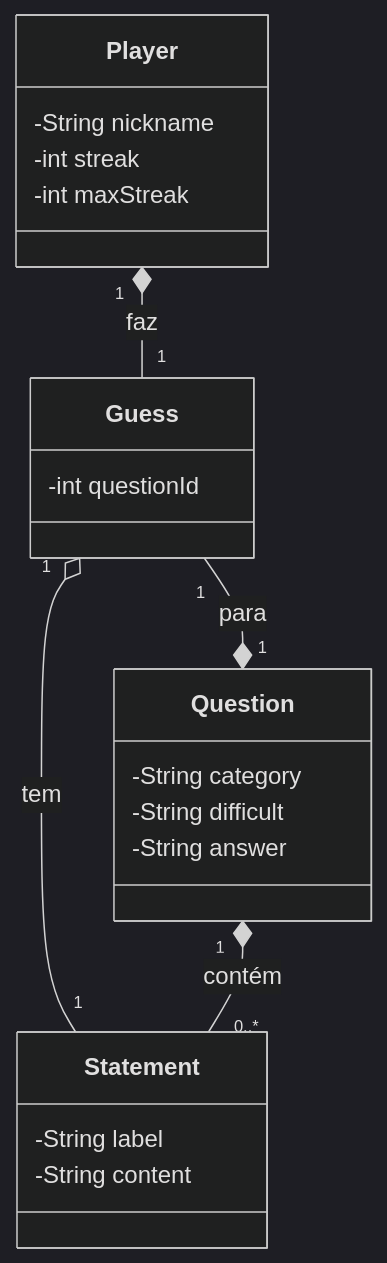
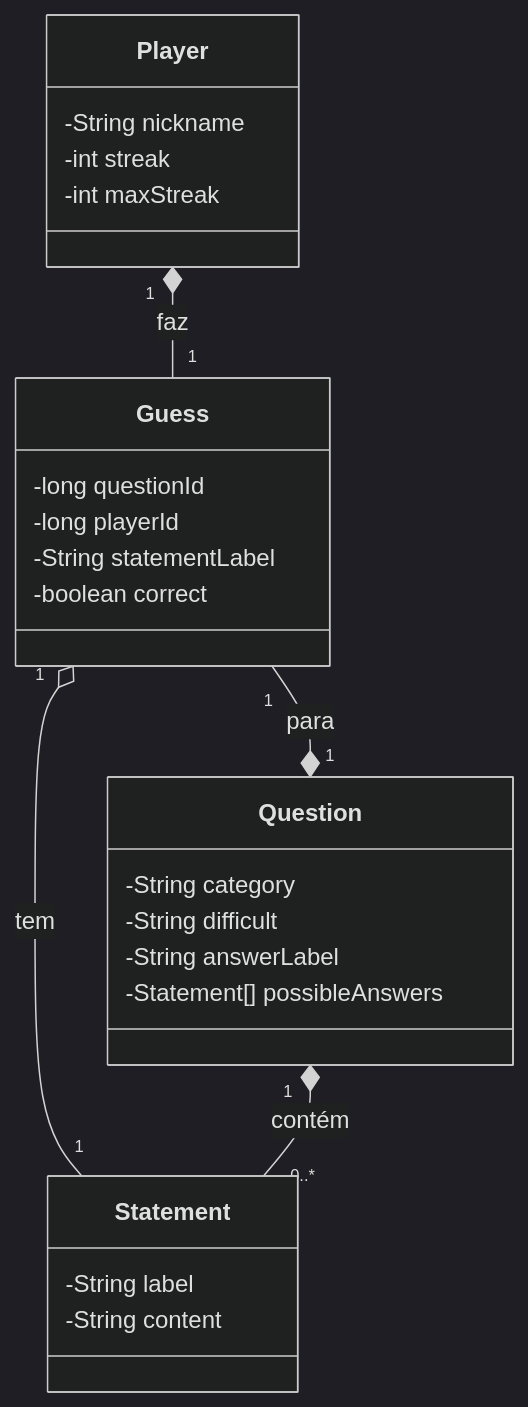
The diagram in README.md (srSenhor/trilha-java-trivia-api), drawn with Mermaid (dark theme) before and after one commit.

````diff
--- a/README.md
+++ b/README.md
@@ -12,28 +12,32 @@
 ```mermaid
 classDiagram
     class Player {
         -String nickname
         -int streak
         -int maxStreak
     }
 
     class Guess {
-        -int questionId
+        -long questionId
+        -long playerId
+        -String statementLabel
+        -boolean correct
     }
 
     class Question {
         -String category
         -String difficult
-        -String answer
+        -String answerLabel
+        -Statement[] possibleAnswers
     }
 
     class Statement {
         -String label
         -String content
     }
 
     Player "1" *-- "1" Guess : faz
     Guess "1" --* "1" Question : para
     Guess "1" o-- "1" Statement : tem
     Question "1" *-- "0..*" Statement : contém
 ```
````
